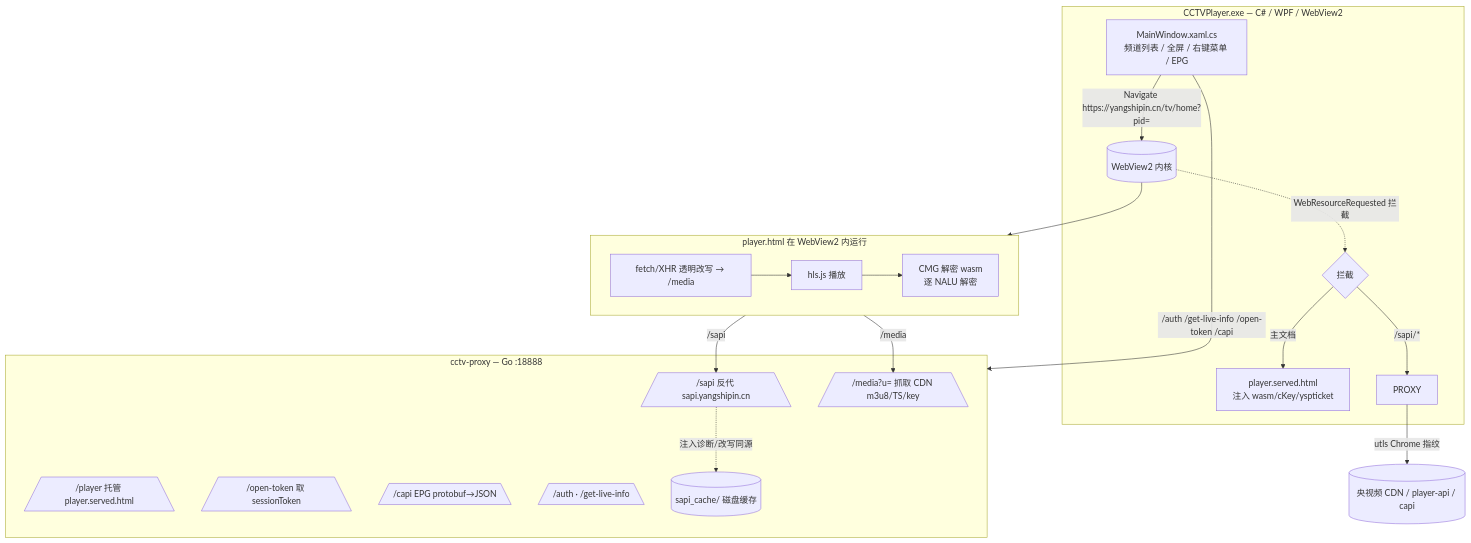
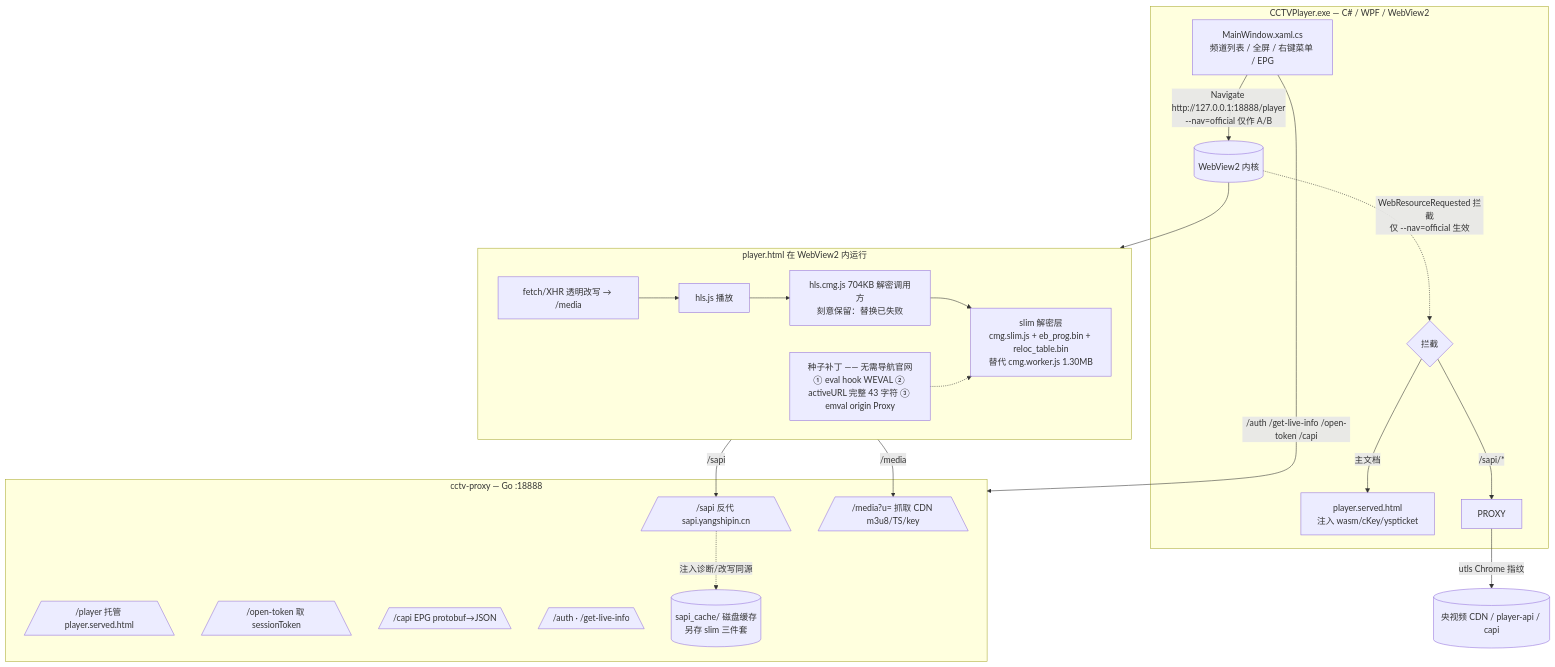
Before and after one commit to RickyOnes/CCTVPlayer: the diagram in README.md, drawn with Mermaid. The commit also changed other lines of this file and 129 other files, not shown here.

````diff
--- a/README.md
+++ b/README.md
@@ -31,35 +36,38 @@
 ```mermaid
 flowchart TB
     subgraph CSharp[CCTVPlayer.exe — C# / WPF / WebView2]
         UI[MainWindow.xaml.cs<br/>频道列表 / 全屏 / 右键菜单 / EPG]
         WV[(WebView2 内核)]
-        UI -->|Navigate https://yangshipin.cn/tv/home?pid=| WV
-        WV -. WebResourceRequested 拦截 .-> INT{拦截}
+        UI -->|Navigate http://127.0.0.1:18888/player<br/>--nav=official 仅作 A/B| WV
+        WV -. WebResourceRequested 拦截<br/>仅 --nav=official 生效 .-> INT{拦截}
         INT -->|主文档| LOCAL[player.served.html<br/>注入 wasm/cKey/yspticket]
         INT -->|/sapi/*| PROXY
     end
 
     subgraph Go[cctv-proxy — Go :18888]
         P1[/ /sapi 反代 sapi.yangshipin.cn\]
         P2[/ /media?u= 抓取 CDN m3u8/TS/key\]
         P3[/ /player 托管 player.served.html\]
         P4[/ /open-token 取 sessionToken\]
         P5[/ /capi EPG protobuf→JSON\]
         P6[/ /auth · /get-live-info\]
-        CACHE[(sapi_cache/ 磁盘缓存)]
+        CACHE[(sapi_cache/ 磁盘缓存<br/>另存 slim 三件套)]
         P1 -. 注入诊断/改写同源 .-> CACHE
     end
 
     subgraph Web[player.html 在 WebView2 内运行]
         NET[fetch/XHR 透明改写 → /media]
-        CMG[CMG 解密 wasm<br/>逐 NALU 解密]
         HLS[hls.js 播放]
-        NET --> HLS --> CMG
+        CMG[hls.cmg.js 704KB 解密调用方<br/>刻意保留：替换已失败]
+        SLIM[slim 解密层<br/>cmg.slim.js + eb_prog.bin + reloc_table.bin<br/>替代 cmg.worker.js 1.30MB]
+        SEED[种子补丁 —— 无需导航官网<br/>① eval hook WEVAL ② activeURL 完整 43 字符 ③ emval origin Proxy]
+        NET --> HLS --> CMG --> SLIM
+        SEED -.-> SLIM
     end
 
     WV --> Web
     PROXY -->|utls Chrome 指纹| CDN[(央视频 CDN / player-api / capi)]
     Web -->|/media| P2
     Web -->|/sapi| P1
     UI -->|/auth /get-live-info /open-token /capi| Go
 ```
````
